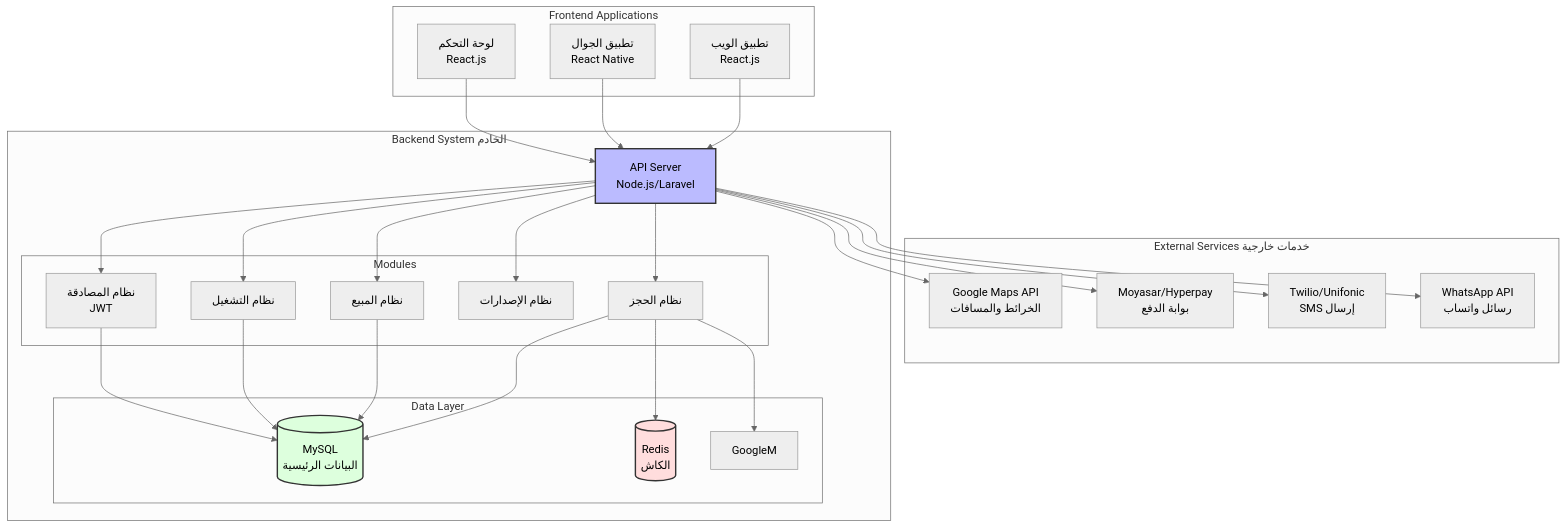
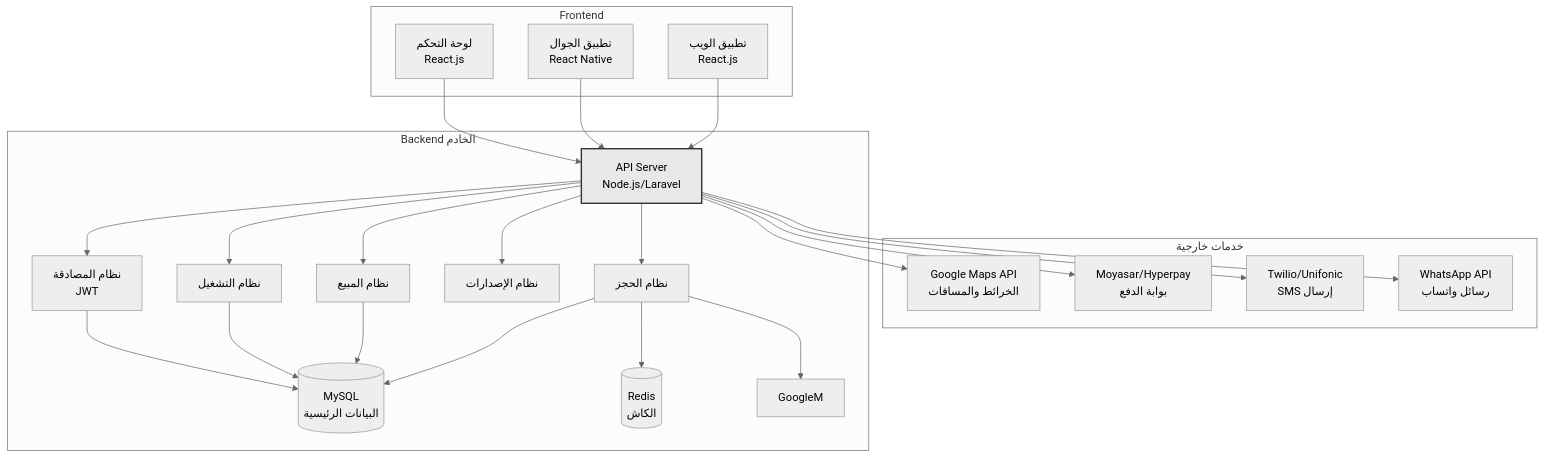
One commit to Rasheed1506993/B2C_B2B changed the second of 10 diagrams in diagrams.md. Above: the diagram before and after it, drawn with Mermaid (neutral theme). The commit also changed other lines of this file, not shown here.

````diff
--- a/diagrams.md
+++ b/diagrams.md
@@ -35,60 +46,54 @@
 ```mermaid
-graph TB
-    subgraph "External Services خدمات خارجية"
+flowchart TB
+    subgraph "خدمات خارجية"
         GoogleMaps[Google Maps API<br/>الخرائط والمسافات]
         Moyasar[Moyasar/Hyperpay<br/>بوابة الدفع]
         Twilio[Twilio/Unifonic<br/>SMS إرسال]
         WhatsApp[WhatsApp API<br/>رسائل واتساب]
     end
 
-    subgraph "Frontend Applications"
+    subgraph "Frontend"
         ReactControl[لوحة التحكم<br/>React.js]
         ReactNative[تطبيق الجوال<br/>React Native]
         ReactWeb[تطبيق الويب<br/>React.js]
     end
 
-    subgraph "Backend System الخادم"
+    subgraph "Backend الخادم"
         APIServer[API Server<br/>Node.js/Laravel]
         
-        subgraph "Modules"
-            Auth[نظام المصادقة<br/>JWT]
-            Operations[نظام التشغيل]
-            Sales[نظام المبيع]
-            Versions[نظام الإصدارات]
-            Reservations[نظام الحجز]
-        end
+        JWT[نظام المصادقة<br/>JWT]
+        Operations[نظام التشغيل]
+        Sales[نظام المبيع]
+        Versions[نظام الإصدارات]
+        Reservations[نظام الحجز]
         
-        subgraph "Data Layer"
-            MySQL[(MySQL<br/>البيانات الرئيسية)]
-            Redis[(Redis<br/>الكاش)]
-            GoogleM[GoogleM]
-        end
+        MySQL[(MySQL<br/>البيانات الرئيسية)]
+        Redis[(Redis<br/>الكاش)]
+        GoogleM[GoogleM]
     end
 
     ReactControl --> APIServer
     ReactNative --> APIServer
     ReactWeb --> APIServer
 
-    APIServer --> Auth
+    APIServer --> JWT
     APIServer --> Operations
     APIServer --> Sales
     APIServer --> Versions
     APIServer --> Reservations
 
-    Auth --> MySQL
+    JWT --> MySQL
     Operations --> MySQL
     Sales --> MySQL
     Reservations --> MySQL
     Reservations --> Redis
 
     APIServer --> GoogleMaps
     APIServer --> Moyasar
     APIServer --> Twilio
     APIServer --> WhatsApp
 
     Reservations --> GoogleM
 
-    style APIServer fill:#bbf,stroke:#333,stroke-width:2px
-    style MySQL fill:#dfd,stroke:#333,stroke-width:2px
-    style Redis fill:#fdd,stroke:#333,stroke-width:2px
+    style APIServer fill:#e8e8e8,stroke:#333,stroke-width:2px
 ```
````
